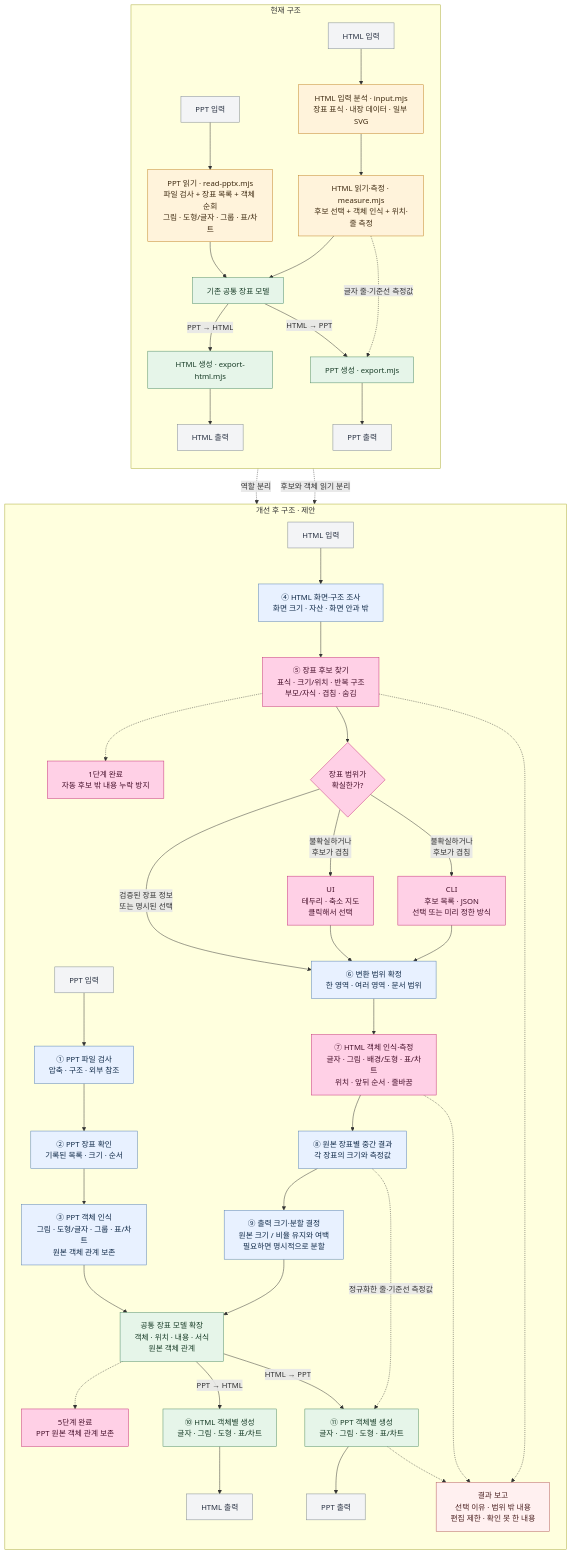
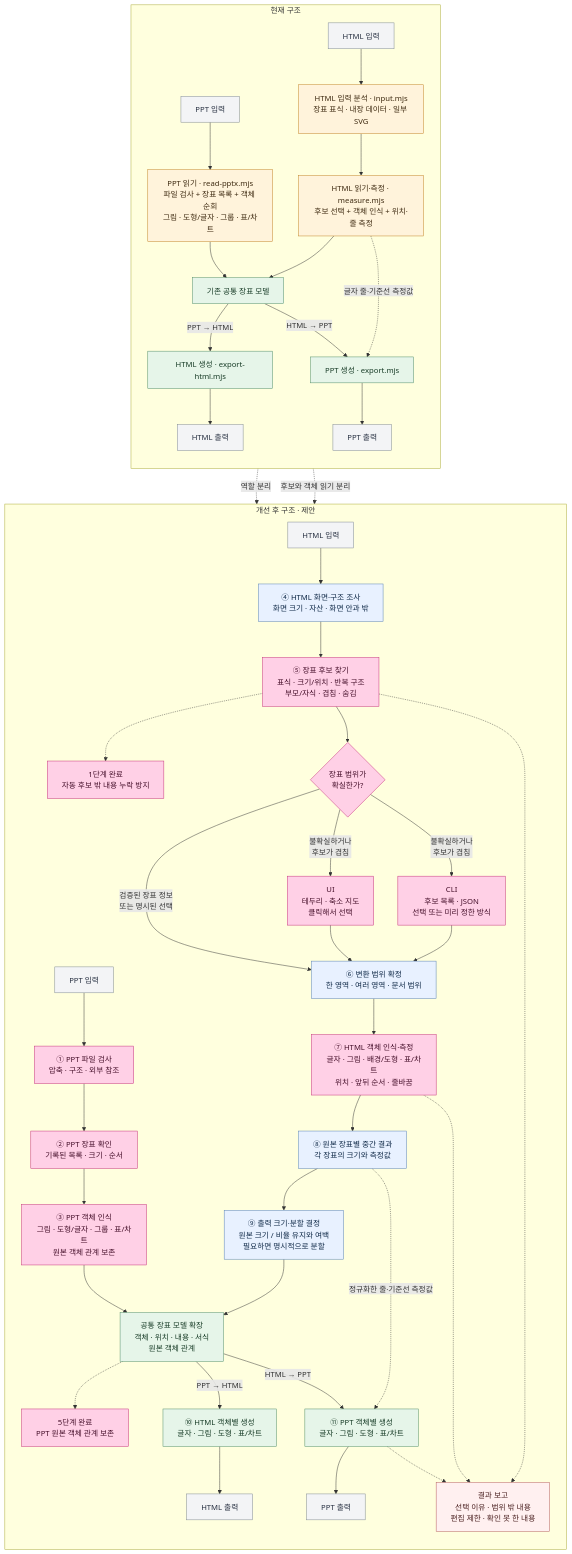
Before and after one commit to Kyuhan1230/ppt-again: the diagram in docs/architecture/refactor-progress.md, drawn with Mermaid. The commit also changed other lines of this file and 8 other files, not shown here.

````diff
--- a/docs/architecture/refactor-progress.md
+++ b/docs/architecture/refactor-progress.md
@@ -5,62 +5,62 @@
 ```mermaid
 flowchart TB
   subgraph CURRENT["현재 구조"]
     direction TB
     CP["PPT 입력"] --> CPR["PPT 읽기 · read-pptx.mjs<br/>파일 검사 + 장표 목록 + 객체 순회<br/>그림 · 도형/글자 · 그룹 · 표/차트"]
     CH["HTML 입력"] --> CHI["HTML 입력 분석 · input.mjs<br/>장표 표식 · 내장 데이터 · 일부 SVG"]
     CHI --> CHM["HTML 읽기·측정 · measure.mjs<br/>후보 선택 + 객체 인식 + 위치·줄 측정"]
     CPR --> CM["기존 공통 장표 모델"]
     CHM --> CM
     CM -->|"PPT → HTML"| CHW["HTML 생성 · export-html.mjs"]
     CHW --> CHO["HTML 출력"]
     CM -->|"HTML → PPT"| CPW["PPT 생성 · export.mjs"]
     CHM -.->|"글자 줄·기준선 측정값"| CPW
     CPW --> CPO["PPT 출력"]
   end
 
   subgraph PROPOSED["개선 후 구조 · 제안"]
     direction TB
     NP["PPT 입력"] --> NPC["① PPT 파일 검사<br/>압축 · 구조 · 외부 참조"]
     NPC --> NPS["② PPT 장표 확인<br/>기록된 목록 · 크기 · 순서"]
     NPS --> NPO["③ PPT 객체 인식<br/>그림 · 도형/글자 · 그룹 · 표/차트<br/>원본 객체 관계 보존"]
     NH["HTML 입력"] --> NHR["④ HTML 화면·구조 조사<br/>화면 크기 · 자산 · 화면 안과 밖"]
     NHR --> NHC["⑤ 장표 후보 찾기<br/>표식 · 크기/위치 · 반복 구조<br/>부모/자식 · 겹침 · 숨김"]
     NHC -.-> ST1["1단계 완료<br/>자동 후보 밖 내용 누락 방지"]
     NHC --> ND{"장표 범위가<br/>확실한가?"}
     ND -->|"검증된 장표 정보<br/>또는 명시된 선택"| NS["⑥ 변환 범위 확정<br/>한 영역 · 여러 영역 · 문서 범위"]
     ND -->|"불확실하거나<br/>후보가 겹침"| NUI["UI<br/>테두리 · 축소 지도<br/>클릭해서 선택"]
     ND -->|"불확실하거나<br/>후보가 겹침"| NCLI["CLI<br/>후보 목록 · JSON<br/>선택 또는 미리 정한 방식"]
     NUI --> NS
     NCLI --> NS
     NS --> NHO["⑦ HTML 객체 인식·측정<br/>글자 · 그림 · 배경/도형 · 표/차트<br/>위치 · 앞뒤 순서 · 줄바꿈"]
     NHO --> NI["⑧ 원본 장표별 중간 결과<br/>각 장표의 크기와 측정값"]
     NI --> NFIT["⑨ 출력 크기·분할 결정<br/>원본 크기 / 비율 유지와 여백<br/>필요하면 명시적으로 분할"]
     NFIT --> NM["공통 장표 모델 확장<br/>객체 · 위치 · 내용 · 서식<br/>원본 객체 관계"]
     NPO --> NM
     NM -.-> ST5["5단계 완료<br/>PPT 원본 객체 관계 보존"]
     NM -->|"PPT → HTML"| NHW["⑩ HTML 객체별 생성<br/>글자 · 그림 · 도형 · 표/차트"]
     NHW --> NHOOUT["HTML 출력"]
     NM -->|"HTML → PPT"| NPW["⑪ PPT 객체별 생성<br/>글자 · 그림 · 도형 · 표/차트"]
     NI -.->|"정규화한 줄·기준선 측정값"| NPW
     NPW --> NPOUT["PPT 출력"]
     NHC -.-> REPORT["결과 보고<br/>선택 이유 · 범위 밖 내용<br/>편집 제한 · 확인 못 한 내용"]
     NHO -.-> REPORT
     NPW -.-> REPORT
   end
 
   CPR -.->|"역할 분리"| NPC
   CHM -.->|"후보와 객체 읽기 분리"| NHR
   classDef input fill:#f3f4f6,stroke:#7d8790,color:#283142
   classDef current fill:#fff3db,stroke:#c18124,color:#3f2b12
   classDef proposed fill:#e8f1ff,stroke:#557fb3,color:#102a48
   classDef common fill:#e6f5e9,stroke:#4e8b66,color:#183c27
   classDef choice fill:#f4edff,stroke:#8767ad,color:#36254b
   classDef report fill:#fff0f0,stroke:#b35b5b,color:#4a2020
   classDef done fill:#ffd0e6,stroke:#c42e78,color:#46102b
   class CP,CH,CHO,CPO,NP,NH,NHOOUT,NPOUT input
   class CPR,CHI,CHM current
-  class NPC,NPS,NPO,NHR,NS,NI,NFIT proposed
+  class NHR,NS,NI,NFIT proposed
   class CM,CHW,CPW,NM,NHW,NPW common
   class REPORT report
-  class ST1,ST5,NHC,ND,NUI,NCLI,NHO done
+  class ST1,ST5,NHC,ND,NUI,NCLI,NHO,NPC,NPS,NPO done
 ```
````
